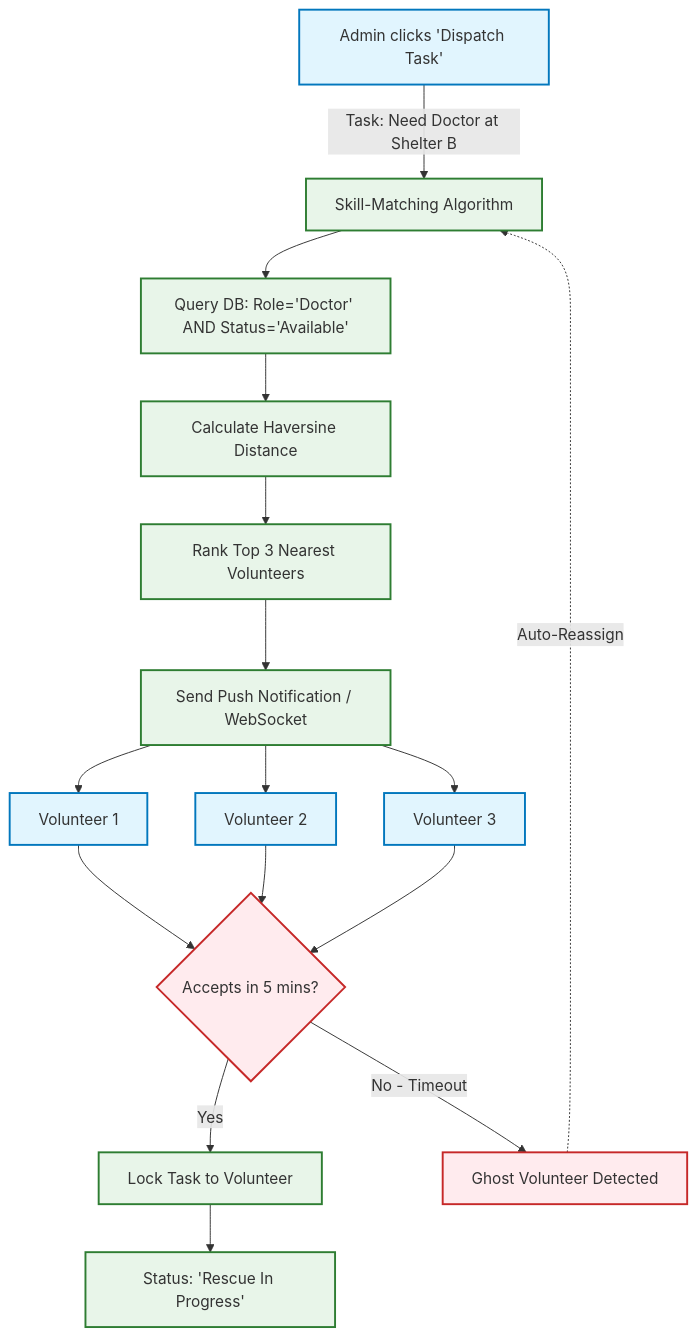
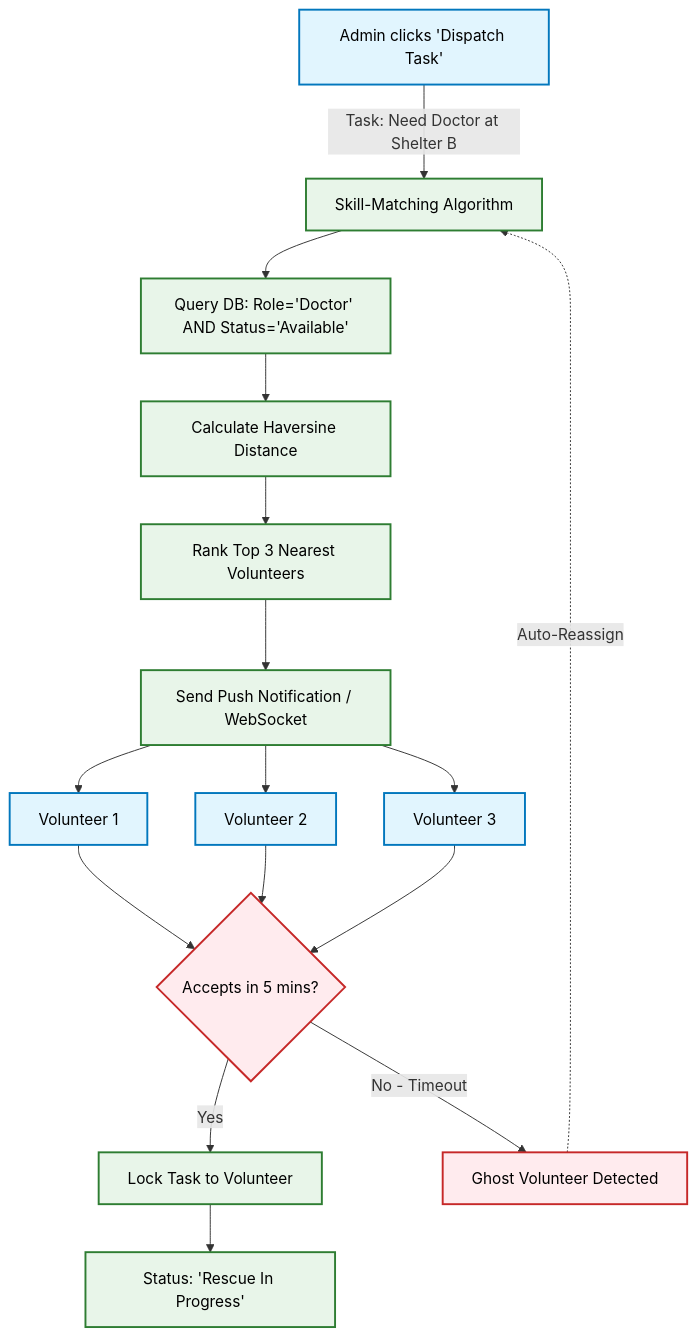
The fourth of 10 diagrams in README.md (MrinallSamal-byte/SIH), drawn with Mermaid before and after one commit. The commit also changed other lines of this file, not shown here.

Commit message:
fix: Add explicit dark text color (color:#000000) to all Mermaid classDef nodes for 100% high contrast visibility in Dark Mode

````diff
--- a/README.md
+++ b/README.md
@@ -133,29 +133,29 @@
 ```mermaid
 graph TD
-    classDef admin fill:#e1f5fe,stroke:#0277bd,stroke-width:2px;
-    classDef backend fill:#e8f5e9,stroke:#2e7d32,stroke-width:2px;
-    classDef edge fill:#ffebee,stroke:#c62828,stroke-width:2px;
+    classDef admin fill:#e1f5fe,stroke:#0277bd,stroke-width:2px,color:#000000;
+    classDef backend fill:#e8f5e9,stroke:#2e7d32,stroke-width:2px,color:#000000;
+    classDef edge fill:#ffebee,stroke:#c62828,stroke-width:2px,color:#000000;
 
     AdminDash[Admin clicks 'Dispatch Task']:::admin
     AdminDash --> |"Task: Need Doctor at Shelter B"| QueryEngine[Skill-Matching Algorithm]:::backend
     
     QueryEngine --> QueryDB["Query DB: Role='Doctor' AND Status='Available'"]:::backend
     QueryDB --> Haversine[Calculate Haversine Distance]:::backend
     
     Haversine --> Rank[Rank Top 3 Nearest Volunteers]:::backend
     Rank --> Push[Send Push Notification / WebSocket]:::backend
     
     Push --> V1[Volunteer 1]:::admin
     Push --> V2[Volunteer 2]:::admin
     Push --> V3[Volunteer 3]:::admin
     
     V1 --> Timer{Accepts in 5 mins?}:::edge
     V2 --> Timer
     V3 --> Timer
     
     Timer -->|Yes| Lock[Lock Task to Volunteer]:::backend
     Timer -->|No - Timeout| Ghost[Ghost Volunteer Detected]:::edge
     
     Ghost -.->|Auto-Reassign| QueryEngine
     Lock --> Status[Status: 'Rescue In Progress']:::backend
 ```
````
